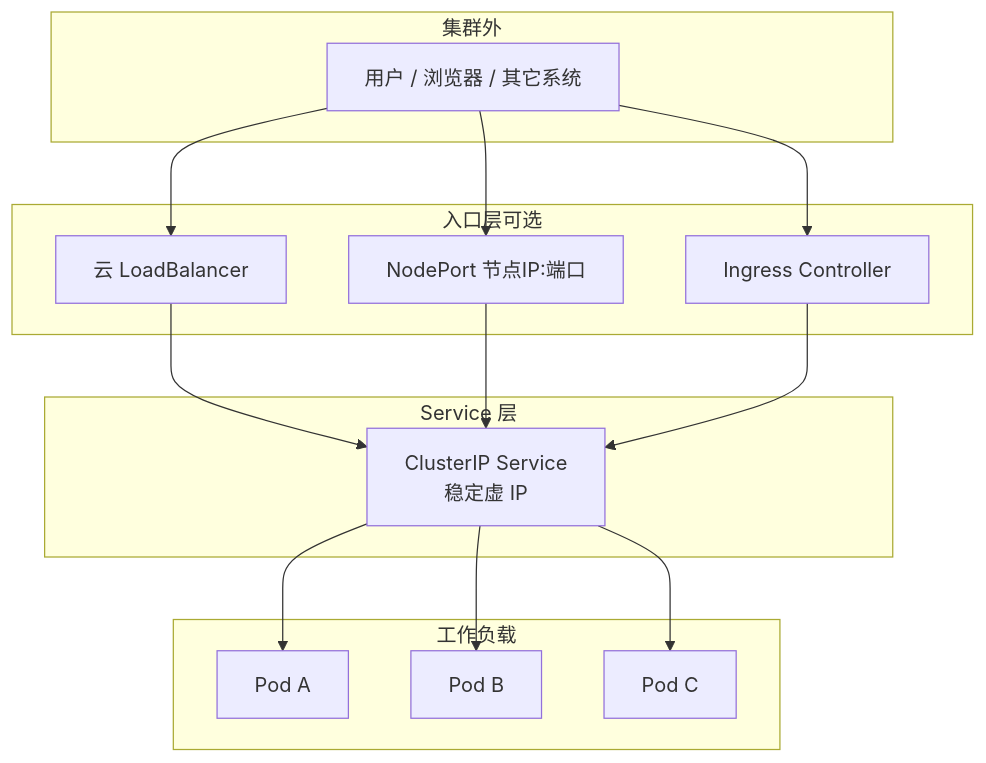
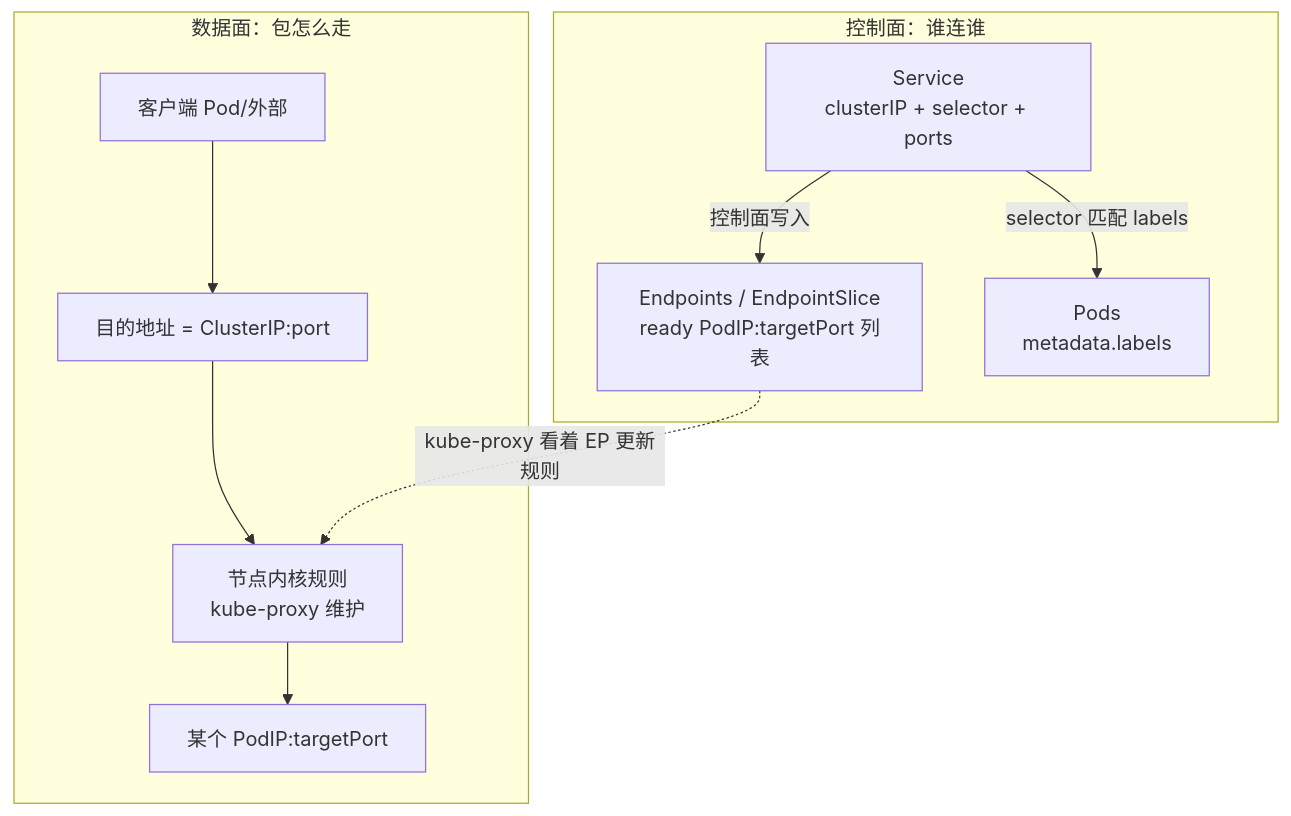
One commit to cityofwang/container-cloud-interview-prep changed the first of 6 diagrams in notes/A-target/k8s-service-ingress.md. Above: the diagram before and after it, drawn with Mermaid. The commit also changed other lines of this file and 17 other files, not shown here.

````diff
--- a/notes/A-target/k8s-service-ingress.md
+++ b/notes/A-target/k8s-service-ingress.md
@@ -18,28 +23,20 @@
 ```mermaid
 flowchart TB
-  subgraph outside [集群外]
-    User[用户 / 浏览器 / 其它系统]
+  subgraph ctrl [控制面：谁连谁]
+    Svc[Service<br/>clusterIP + selector + ports]
+    EP[Endpoints / EndpointSlice<br/>ready PodIP:targetPort 列表]
+    Pods[Pods<br/>metadata.labels]
+    Svc -->|selector 匹配 labels| Pods
+    Svc -->|控制面写入| EP
   end
-  subgraph edge [入口层可选]
-    LB[云 LoadBalancer]
-    NP[NodePort 节点IP:端口]
-    Ing[Ingress Controller]
+
+  subgraph data [数据面：包怎么走]
+    Client[客户端 Pod/外部]
+    VIP[目的地址 = ClusterIP:port]
+    Rules[节点内核规则<br/>kube-proxy 维护]
+    Backend[某个 PodIP:targetPort]
+    Client --> VIP --> Rules --> Backend
   end
-  subgraph svc [Service 层]
-    CIP[ClusterIP Service<br/>稳定虚 IP]
-  end
-  subgraph pods [工作负载]
-    P1[Pod A]
-    P2[Pod B]
-    P3[Pod C]
-  end
-  User --> LB
-  User --> NP
-  User --> Ing
-  LB --> CIP
-  NP --> CIP
-  Ing --> CIP
-  CIP --> P1
-  CIP --> P2
-  CIP --> P3
+
+  EP -.->|kube-proxy 看着 EP 更新规则| Rules
 ```
````
